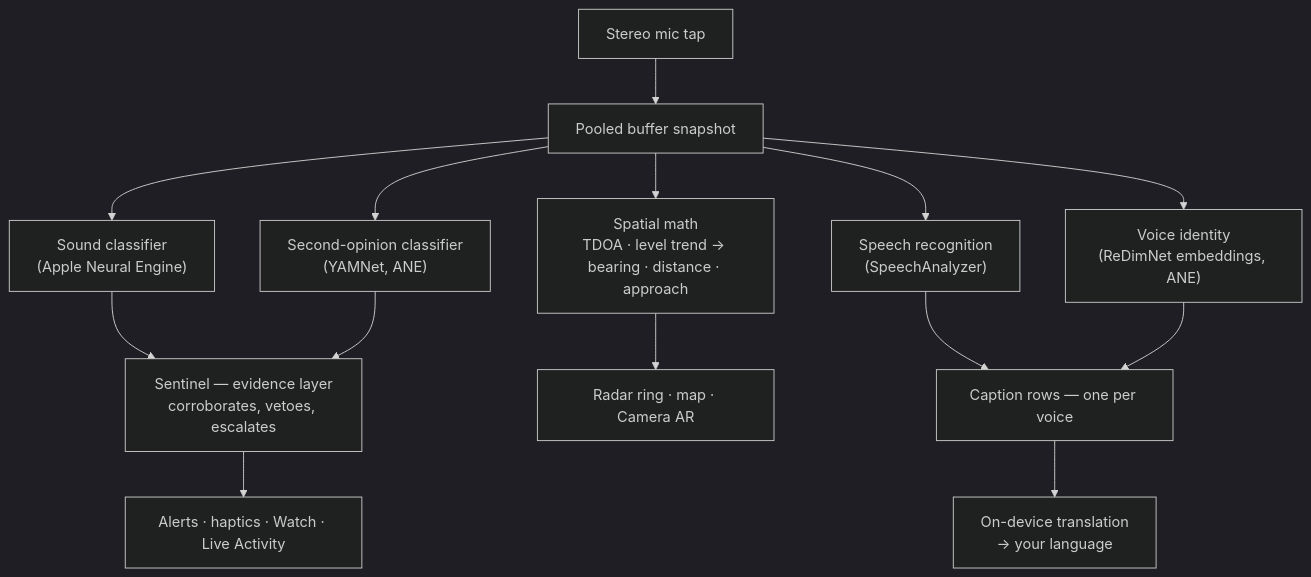
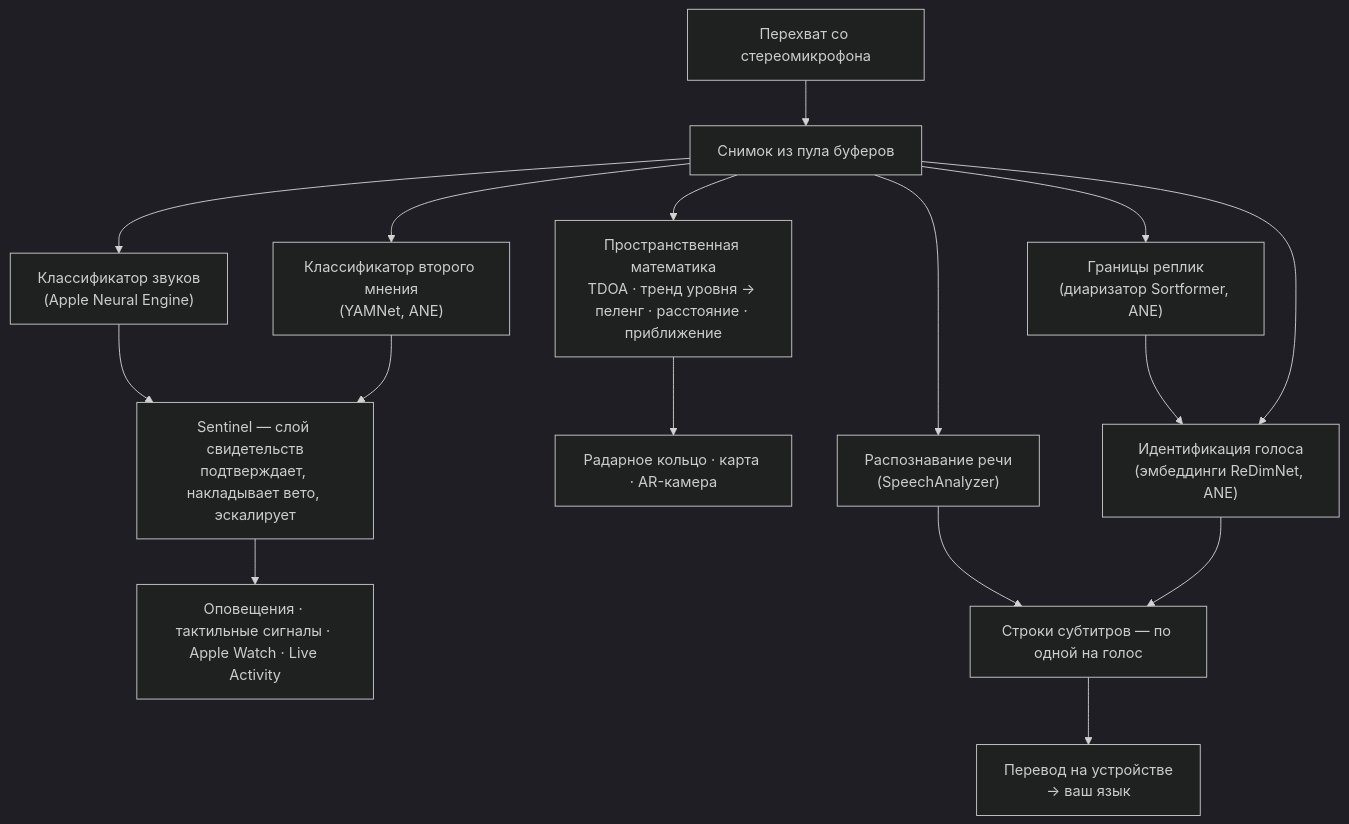
Before and after one commit to rpalm01-star/VigilantEarLegal: the second of 4 diagrams in README_ru.md, drawn with Mermaid (dark theme). The commit also changed other lines of this file and 29 other files, not shown here.

````diff
--- a/README_ru.md
+++ b/README_ru.md
@@ -128,16 +134,18 @@
 ```mermaid
 graph TD
-    A["Stereo mic tap"] --> B["Pooled buffer snapshot"]
-    B --> C["Sound classifier<br/>(Apple Neural Engine)"]
-    B --> Y["Second-opinion classifier<br/>(YAMNet, ANE)"]
-    C --> S["Sentinel — evidence layer<br/>corroborates, vetoes, escalates"]
+    A["Перехват со стереомикрофона"] --> B["Снимок из пула буферов"]
+    B --> C["Классификатор звуков<br/>(Apple Neural Engine)"]
+    B --> Y["Классификатор второго мнения<br/>(YAMNet, ANE)"]
+    C --> S["Sentinel — слой свидетельств<br/>подтверждает, накладывает вето, эскалирует"]
     Y --> S
-    S --> H["Alerts · haptics · Watch · Live Activity"]
-    B --> D["Spatial math<br/>TDOA · level trend → bearing · distance · approach"]
-    D --> R["Radar ring · map · Camera AR"]
-    B --> F["Speech recognition<br/>(SpeechAnalyzer)"]
-    B --> E["Voice identity<br/>(ReDimNet embeddings, ANE)"]
-    F --> G["Caption rows — one per voice"]
+    S --> H["Оповещения · тактильные сигналы · Apple Watch · Live Activity"]
+    B --> D["Пространственная математика<br/>TDOA · тренд уровня → пеленг · расстояние · приближение"]
+    D --> R["Радарное кольцо · карта · AR-камера"]
+    B --> F["Распознавание речи<br/>(SpeechAnalyzer)"]
+    B --> N["Границы реплик<br/>(диаризатор Sortformer, ANE)"]
+    N --> E["Идентификация голоса<br/>(эмбеддинги ReDimNet, ANE)"]
+    B --> E
+    F --> G["Строки субтитров — по одной на голос"]
     E --> G
-    G --> T["On-device translation<br/>→ your language"]
+    G --> T["Перевод на устройстве<br/>→ ваш язык"]
 ```
````
